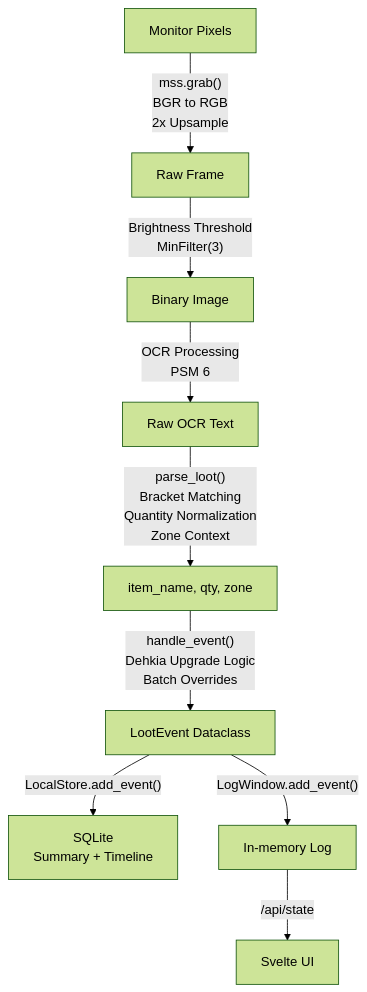
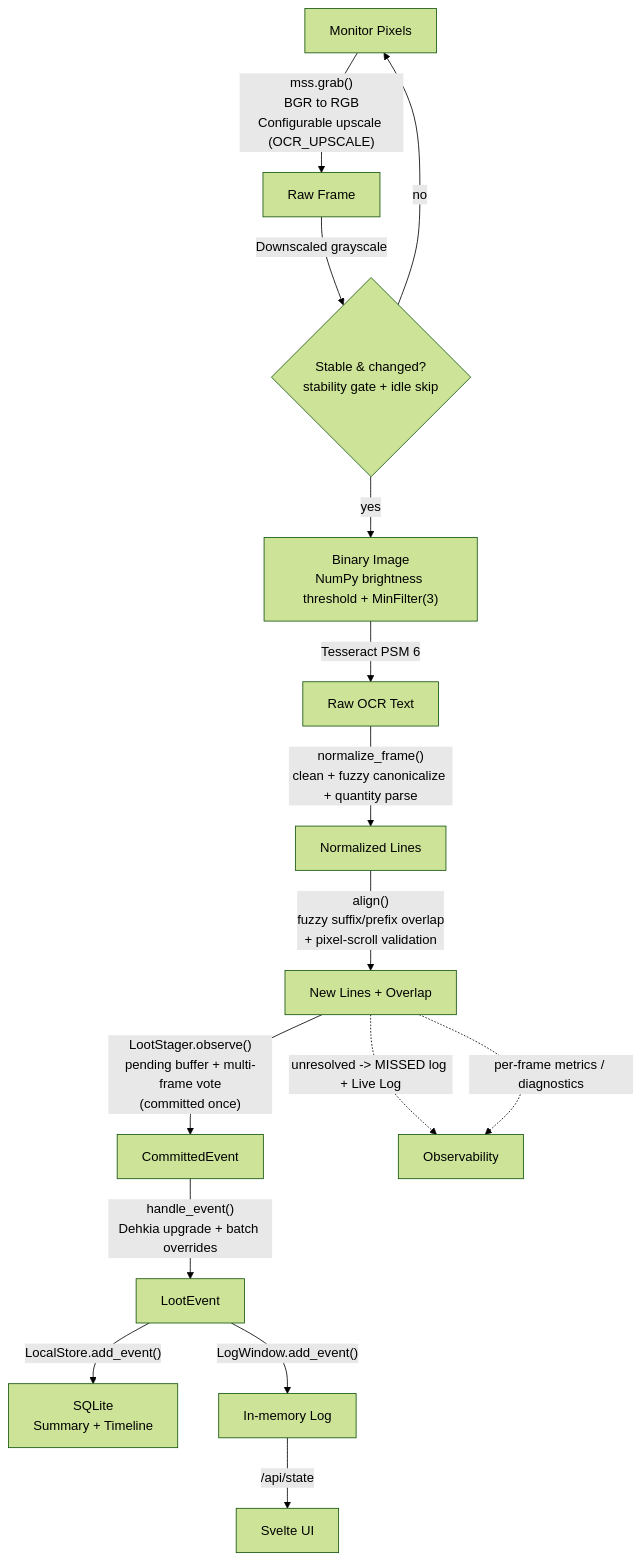
The diagram in README.md (janhnguyen/BDO-Loot-Tracker), drawn with Mermaid (forest theme) before and after one commit. The commit also changed other lines of this file and 28 other files, not shown here.

````diff
--- a/README.md
+++ b/README.md
@@ -76,12 +77,18 @@
 ```mermaid
-flowchart TD 
-A["Monitor Pixels"] 
-A -->|"mss.grab()<br/>BGR to RGB<br/>2x Upsample"| B["Raw Frame"] 
-B -->|"Brightness Threshold<br/>MinFilter(3)"| C["Binary Image"] 
-C -->|"OCR Processing<br/>PSM 6"| D["Raw OCR Text"] 
-D -->|"parse_loot()<br/>Bracket Matching<br/>Quantity Normalization<br/>Zone Context"| E["item_name, qty, zone"] 
-E -->|"handle_event()<br/>Dehkia Upgrade Logic<br/>Batch Overrides"| F["LootEvent Dataclass"] 
-F -->|"LocalStore.add_event()"| G["SQLite<br/>Summary + Timeline"] 
-F -->|"LogWindow.add_event()"| H["In-memory Log"] 
-H -->|"/api/state"| I["Svelte UI"]
+flowchart TD
+A["Monitor Pixels"]
+A -->|"mss.grab()<br/>BGR to RGB<br/>Configurable upscale (OCR_UPSCALE)"| B["Raw Frame"]
+B -->|"Downscaled grayscale"| S{"Stable & changed?<br/>stability gate + idle skip"}
+S -->|"no"| A
+S -->|"yes"| C["Binary Image<br/>NumPy brightness threshold + MinFilter(3)"]
+C -->|"Tesseract PSM 6"| D["Raw OCR Text"]
+D -->|"normalize_frame()<br/>clean + fuzzy canonicalize + quantity parse"| E["Normalized Lines"]
+E -->|"align()<br/>fuzzy suffix/prefix overlap<br/>+ pixel-scroll validation"| F["New Lines + Overlap"]
+F -->|"LootStager.observe()<br/>pending buffer + multi-frame vote<br/>(committed once)"| G["CommittedEvent"]
+G -->|"handle_event()<br/>Dehkia upgrade + batch overrides"| H["LootEvent"]
+H -->|"LocalStore.add_event()"| I["SQLite<br/>Summary + Timeline"]
+H -->|"LogWindow.add_event()"| J["In-memory Log"]
+J -->|"/api/state"| K["Svelte UI"]
+F -.->|"unresolved -> MISSED log + Live Log"| L["Observability"]
+F -.->|"per-frame metrics / diagnostics"| L
 ```
````
